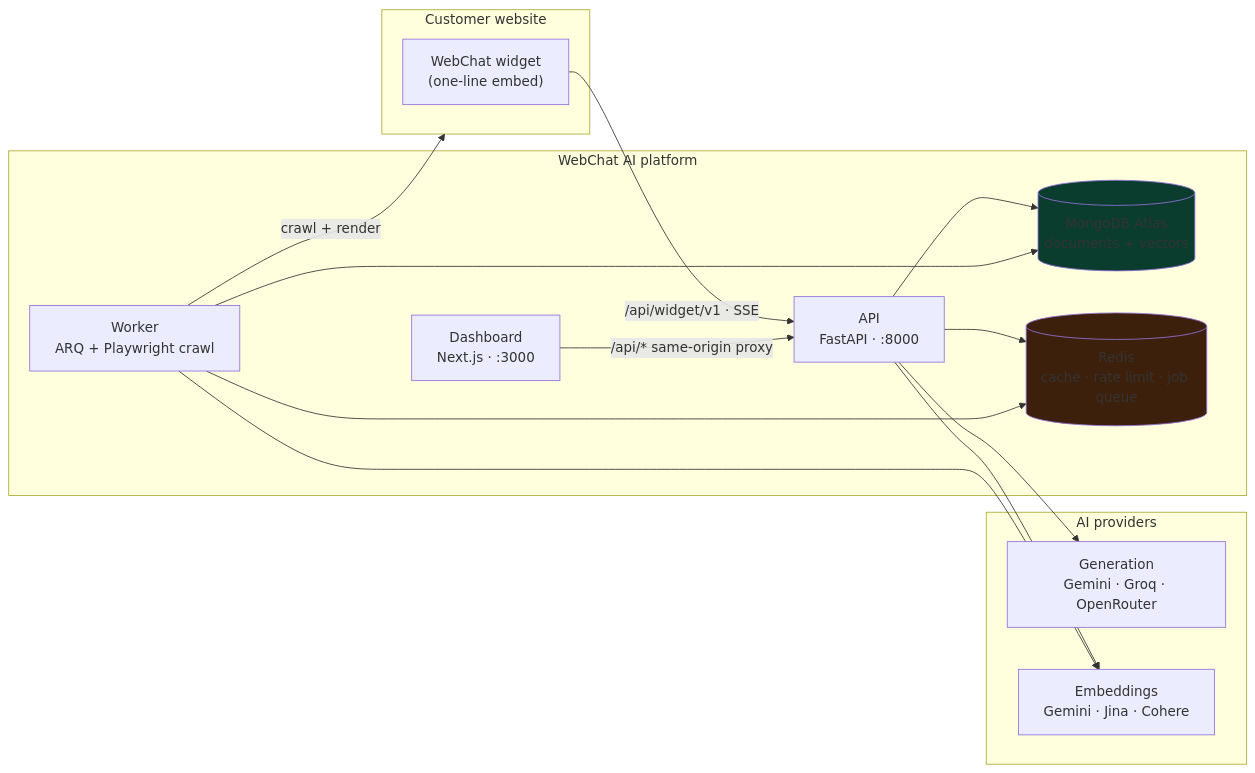
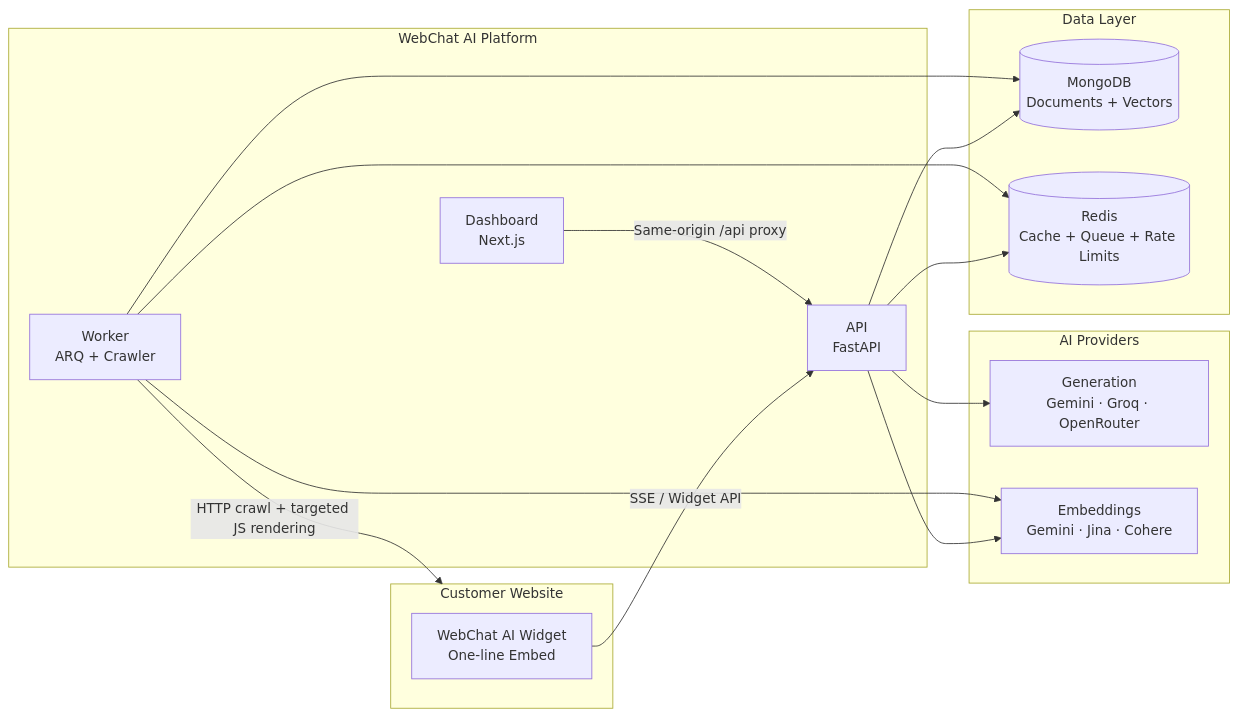
Before and after one commit to riturajlabs/webchat-AI: the diagram in README.md, drawn with Mermaid. The commit also changed other lines of this file and 18 other files, not shown here.

````diff
--- a/README.md
+++ b/README.md
@@ -30,33 +291,38 @@
 ```mermaid
 flowchart LR
-  subgraph Web["Customer website"]
-    WIDGET["WebChat widget<br/>(one-line embed)"]
-  end
 
-  subgraph Platform["WebChat AI platform"]
-    DASH["Dashboard<br/>Next.js · :3000"]
-    API["API<br/>FastAPI · :8000"]
-    WORKER["Worker<br/>ARQ + Playwright crawl"]
-    MONGO[("MongoDB Atlas<br/>documents + vectors")]
-    REDIS[("Redis<br/>cache · rate limit · job queue")]
-  end
+    subgraph Customer["Customer Website"]
+        WIDGET["WebChat AI Widget<br/>One-line Embed"]
+    end
 
-  subgraph AI["AI providers"]
-    GEN["Generation<br/>Gemini · Groq · OpenRouter"]
-    EMB["Embeddings<br/>Gemini · Jina · Cohere"]
-  end
+    subgraph Platform["WebChat AI Platform"]
+        DASH["Dashboard<br/>Next.js"]
+        API["API<br/>FastAPI"]
+        WORKER["Worker<br/>ARQ + Crawler"]
+    end
 
-  WIDGET -->|"/api/widget/v1 · SSE"| API
-  DASH -->|"/api/* same-origin proxy"| API
-  API --> MONGO
-  API --> REDIS
-  WORKER --> MONGO
-  WORKER --> REDIS
-  WORKER -->|"crawl + render"| Web
-  API --> GEN
-  API --> EMB
-  WORKER --> EMB
+    subgraph Data["Data Layer"]
+        MONGO[("MongoDB<br/>Documents + Vectors")]
+        REDIS[("Redis<br/>Cache + Queue + Rate Limits")]
+    end
 
-  style MONGO fill:#0b3d2e
-  style REDIS fill:#3d200b
+    subgraph AI["AI Providers"]
+        GEN["Generation<br/>Gemini · Groq · OpenRouter"]
+        EMB["Embeddings<br/>Gemini · Jina · Cohere"]
+    end
+
+    WIDGET -->|"SSE / Widget API"| API
+    DASH -->|"Same-origin /api proxy"| API
+
+    API --> MONGO
+    API --> REDIS
+
+    WORKER --> MONGO
+    WORKER --> REDIS
+
+    API --> GEN
+    API --> EMB
+    WORKER --> EMB
+
+    WORKER -->|"HTTP crawl + targeted JS rendering"| Customer
 ```
````
